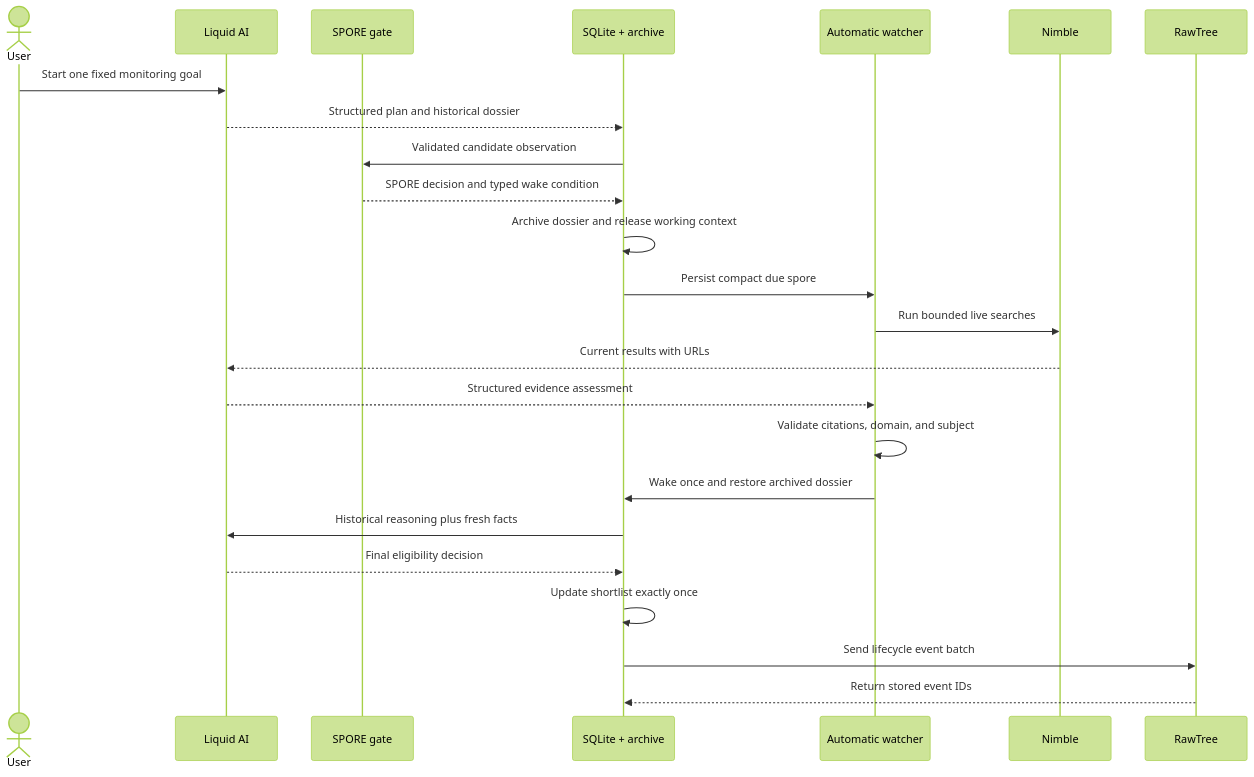
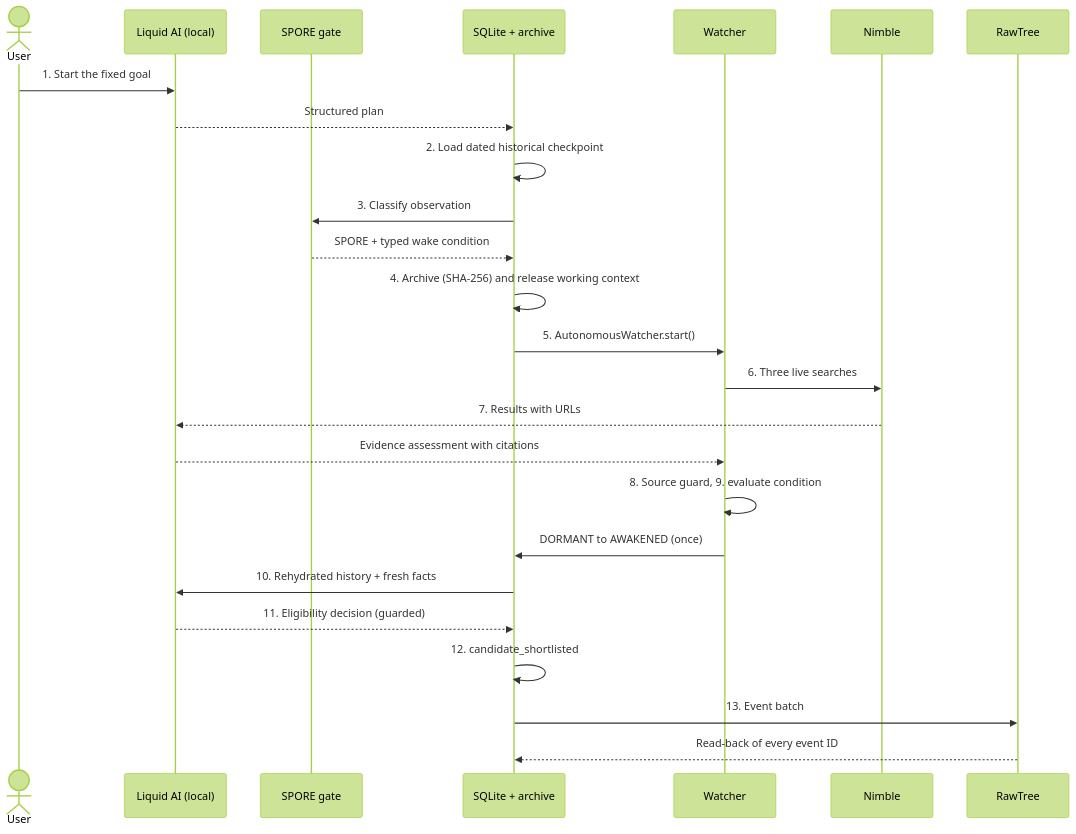
One commit to karthikshetty-1629/spore changed the third of 5 diagrams in README.md. Above: the diagram before and after it, drawn with Mermaid (forest theme). The commit also changed other lines of this file, not shown here.

First line of the commit message:
Rewrite README as a first-time explainer with diagrams

````diff
--- a/README.md
+++ b/README.md
@@ -78,26 +111,27 @@
 ```mermaid
 sequenceDiagram
     actor User
-    participant Liquid as Liquid AI
+    participant Liquid as Liquid AI (local)
     participant Gate as SPORE gate
     participant Store as SQLite + archive
-    participant Watcher as Automatic watcher
+    participant Watcher as Watcher
     participant Nimble
     participant RawTree
-    User->>Liquid: Start one fixed monitoring goal
-    Liquid-->>Store: Structured plan and historical dossier
-    Store->>Gate: Validated candidate observation
-    Gate-->>Store: SPORE decision and typed wake condition
-    Store->>Store: Archive dossier and release working context
-    Store->>Watcher: Persist compact due spore
-    Watcher->>Nimble: Run bounded live searches
-    Nimble-->>Liquid: Current results with URLs
-    Liquid-->>Watcher: Structured evidence assessment
-    Watcher->>Watcher: Validate citations, domain, and subject
-    Watcher->>Store: Wake once and restore archived dossier
-    Store->>Liquid: Historical reasoning plus fresh facts
-    Liquid-->>Store: Final eligibility decision
-    Store->>Store: Update shortlist exactly once
-    Store->>RawTree: Send lifecycle event batch
-    RawTree-->>Store: Return stored event IDs
+    User->>Liquid: 1. Start the fixed goal
+    Liquid-->>Store: Structured plan
+    Store->>Store: 2. Load dated historical checkpoint
+    Store->>Gate: 3. Classify observation
+    Gate-->>Store: SPORE + typed wake condition
+    Store->>Store: 4. Archive (SHA-256) and release working context
+    Store->>Watcher: 5. AutonomousWatcher.start()
+    Watcher->>Nimble: 6. Three live searches
+    Nimble-->>Liquid: 7. Results with URLs
+    Liquid-->>Watcher: Evidence assessment with citations
+    Watcher->>Watcher: 8. Source guard, 9. evaluate condition
+    Watcher->>Store: DORMANT to AWAKENED (once)
+    Store->>Liquid: 10. Rehydrated history + fresh facts
+    Liquid-->>Store: 11. Eligibility decision (guarded)
+    Store->>Store: 12. candidate_shortlisted
+    Store->>RawTree: 13. Event batch
+    RawTree-->>Store: Read-back of every event ID
 ```
````
